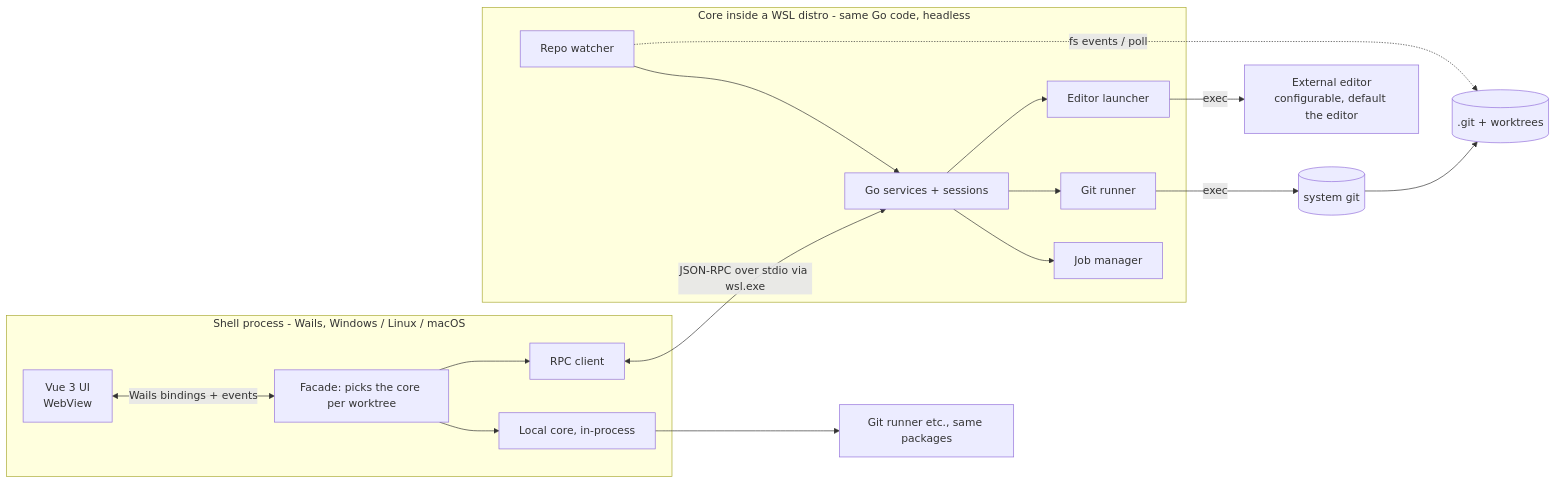
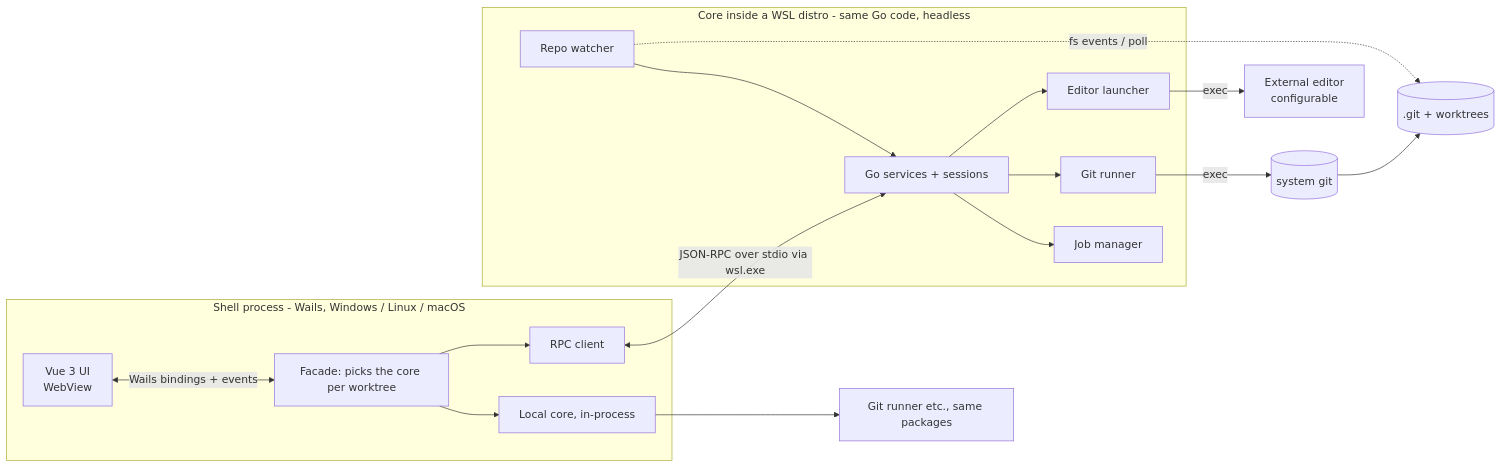
Before and after one commit to brogli/gaertli: the diagram in docs/architecture.md, drawn with Mermaid. The commit also changed 21 other files, not shown here.

````diff
--- a/docs/architecture.md
+++ b/docs/architecture.md
@@ -23,20 +23,20 @@
 ```mermaid
 flowchart LR
   subgraph Shell[Shell process - Wails, Windows / Linux / macOS]
     UI[Vue 3 UI<br/>WebView] <-->|Wails bindings + events| FAC[Facade: picks the core per worktree]
     FAC --> LOCAL[Local core, in-process]
     FAC --> RC[RPC client]
   end
   subgraph Core[Core inside a WSL distro - same Go code, headless]
     SVC[Go services + sessions] --> JOBS[Job manager]
     SVC --> RUN[Git runner]
     WATCH[Repo watcher] --> SVC
     SVC --> ED[Editor launcher]
   end
   LOCAL --> RUN2[Git runner etc., same packages]
   RC <-->|JSON-RPC over stdio via wsl.exe| SVC
   RUN -->|exec| GIT[(system git)]
   GIT --> REPO[(.git + worktrees)]
   WATCH -.->|fs events / poll| REPO
-  ED -->|exec| EXT[External editor<br/>configurable, default the editor]
+  ED -->|exec| EXT[External editor<br/>configurable]
 ```
````
